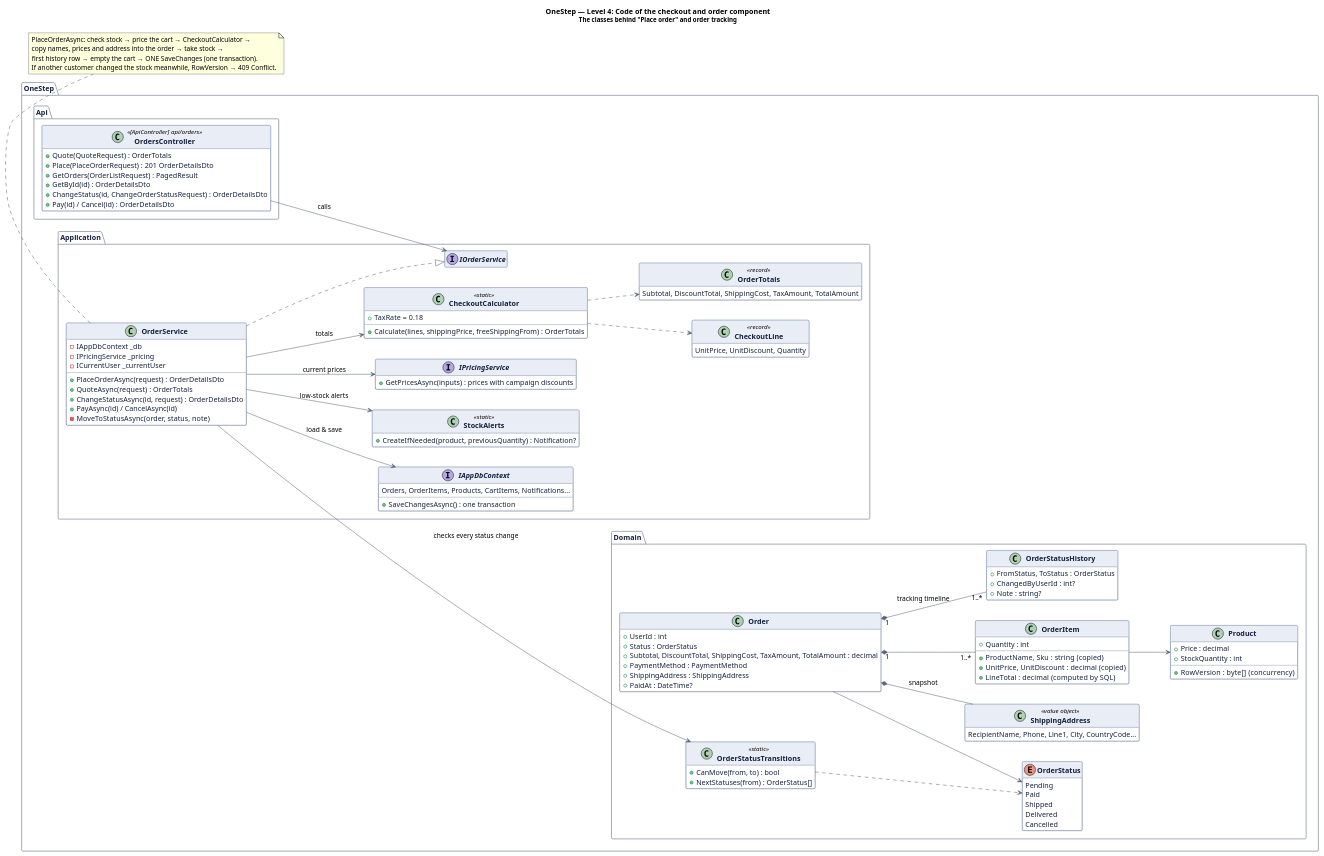
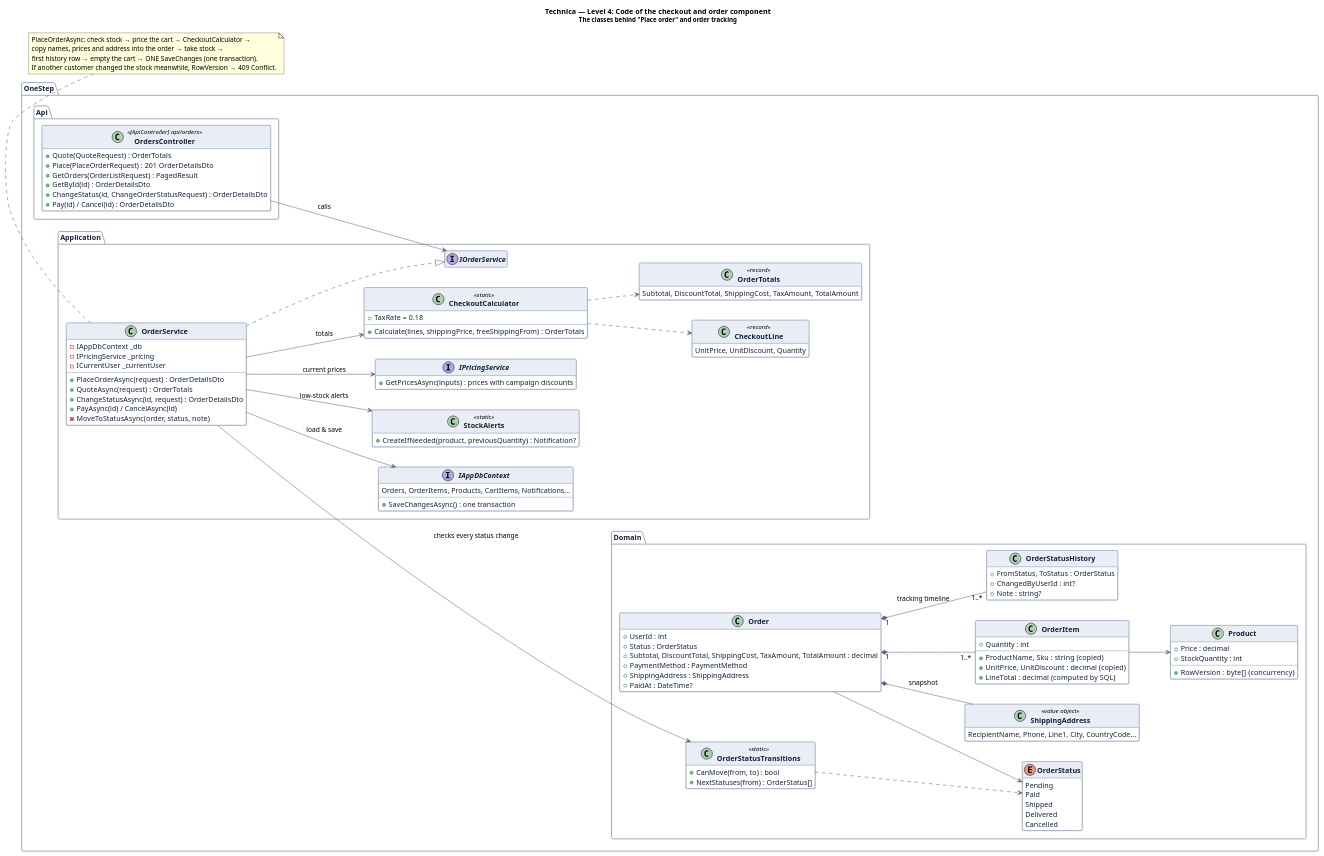
Before and after one commit to Khutsuna/OneStep: the diagram in docs/architecture/c4-4-code-checkout.puml, drawn with PlantUML. The commit also changed 79 other files, not shown here.

Commit message:
feat: rename to Technica, night mode, Georgian C4 diagrams

```diff
--- a/docs/architecture/c4-4-code-checkout.puml
+++ b/docs/architecture/c4-4-code-checkout.puml
@@ -1,132 +1,132 @@
 @startuml c4-4-code-checkout
-title OneStep — Level 4: Code of the checkout and order component\n<size:12>The classes behind "Place order" and order tracking</size>
+title Technica — Level 4: Code of the checkout and order component\n<size:12>The classes behind "Place order" and order tracking</size>
 
 skinparam defaultFontName "Arial"
 skinparam backgroundColor #ffffff
 skinparam classBackgroundColor #ffffff
 skinparam classBorderColor #2d4373
 skinparam classHeaderBackgroundColor #e9edf5
 skinparam classFontColor #14213d
 skinparam classFontStyle bold
 skinparam classAttributeFontColor #14213d
 skinparam stereotypeCBackgroundColor #f2b632
 skinparam stereotypeIBackgroundColor #f2b632
 skinparam stereotypeEBackgroundColor #f2b632
 skinparam ArrowColor #5b6478
 skinparam packageBorderColor #8a93a6
 skinparam packageFontColor #14213d
 left to right direction
 hide empty members
 skinparam nodesep 40
 skinparam ranksep 60
 
 package "OneStep.Api" {
   class OrdersController <<[ApiController] api/orders>> {
     +Quote(QuoteRequest) : OrderTotals
     +Place(PlaceOrderRequest) : 201 OrderDetailsDto
     +GetOrders(OrderListRequest) : PagedResult
     +GetById(id) : OrderDetailsDto
     +ChangeStatus(id, ChangeOrderStatusRequest) : OrderDetailsDto
     +Pay(id) / Cancel(id) : OrderDetailsDto
   }
 }
 
 package "OneStep.Application" {
   interface IOrderService
   class OrderService {
     -IAppDbContext _db
     -IPricingService _pricing
     -ICurrentUser _currentUser
     +PlaceOrderAsync(request) : OrderDetailsDto
     +QuoteAsync(request) : OrderTotals
     +ChangeStatusAsync(id, request) : OrderDetailsDto
     +PayAsync(id) / CancelAsync(id)
     -MoveToStatusAsync(order, status, note)
   }
   class CheckoutCalculator <<static>> {
     +TaxRate = 0.18
     +Calculate(lines, shippingPrice, freeShippingFrom) : OrderTotals
   }
   class StockAlerts <<static>> {
     +CreateIfNeeded(product, previousQuantity) : Notification?
   }
   interface IPricingService {
     +GetPricesAsync(inputs) : prices with campaign discounts
   }
   interface IAppDbContext {
     Orders, OrderItems, Products, CartItems, Notifications...
     +SaveChangesAsync() : one transaction
   }
   class "CheckoutLine" as CheckoutLine <<record>> {
     UnitPrice, UnitDiscount, Quantity
   }
   class "OrderTotals" as OrderTotals <<record>> {
     Subtotal, DiscountTotal, ShippingCost, TaxAmount, TotalAmount
   }
 }
 
 package "OneStep.Domain" {
   class Order {
     +UserId : int
     +Status : OrderStatus
     +Subtotal, DiscountTotal, ShippingCost, TaxAmount, TotalAmount : decimal
     +PaymentMethod : PaymentMethod
     +ShippingAddress : ShippingAddress
     +PaidAt : DateTime?
   }
   class OrderItem {
     +ProductName, Sku : string  (copied)
     +UnitPrice, UnitDiscount : decimal  (copied)
     +Quantity : int
     +LineTotal : decimal  (computed by SQL)
   }
   class OrderStatusHistory {
     +FromStatus, ToStatus : OrderStatus
     +ChangedByUserId : int?
     +Note : string?
   }
   class ShippingAddress <<value object>> {
     RecipientName, Phone, Line1, City, CountryCode...
   }
   class Product {
     +Price : decimal
     +StockQuantity : int
     +RowVersion : byte[]  (concurrency)
   }
   class OrderStatusTransitions <<static>> {
     +CanMove(from, to) : bool
     +NextStatuses(from) : OrderStatus[]
   }
   enum OrderStatus {
     Pending
     Paid
     Shipped
     Delivered
     Cancelled
   }
 }
 
 OrdersController -down-> IOrderService : calls
 OrderService ..|> IOrderService
 OrderService --> CheckoutCalculator : totals
 OrderService --> StockAlerts : low-stock alerts
 OrderService --> IPricingService : current prices
 OrderService -down-> IAppDbContext : load & save
 OrderService -down-> OrderStatusTransitions : checks every status change
 CheckoutCalculator ..> CheckoutLine
 CheckoutCalculator ..> OrderTotals
 Order "1" *-- "1..*" OrderItem
 Order "1" *-- "1..*" OrderStatusHistory : tracking timeline
 Order *-- ShippingAddress : snapshot
 Order --> OrderStatus
 OrderItem --> Product
 OrderStatusTransitions ..> OrderStatus
 IAppDbContext -[hidden]down- Order
 
 note bottom of OrderService
   PlaceOrderAsync: check stock → price the cart → CheckoutCalculator →
   copy names, prices and address into the order → take stock →
   first history row → empty the cart → ONE SaveChanges (one transaction).
   If another customer changed the stock meanwhile, RowVersion → 409 Conflict.
 end note
 @enduml
```
